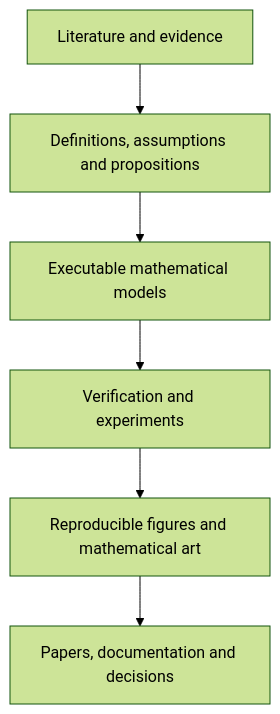
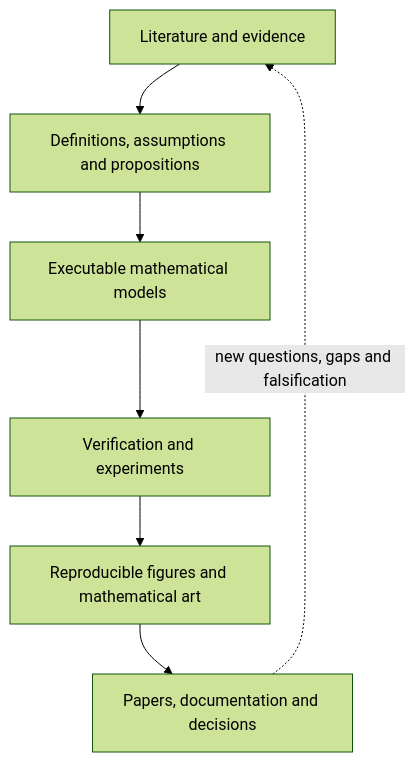
The diagram in README.md (Dossiya-SE/Differential-geometry-and-Mathematics-arts-for-sustainability-and-resilience), drawn with Mermaid (forest theme) before and after one commit. The commit also changed other lines of this file and 2 other files, not shown here.

First line of the commit message:
Implement MSR-RA-002 scientific research lifecycle in Mermaid

````diff
--- a/README.md
+++ b/README.md
@@ -28,8 +31,9 @@
 ```mermaid
 flowchart TD
     E["Literature and evidence"] --> M["Definitions, assumptions and propositions"]
     M --> C["Executable mathematical models"]
     C --> V["Verification and experiments"]
     V --> A["Reproducible figures and mathematical art"]
     A --> P["Papers, documentation and decisions"]
+    P -. "new questions, gaps and falsification" .-> E
 ```
````
